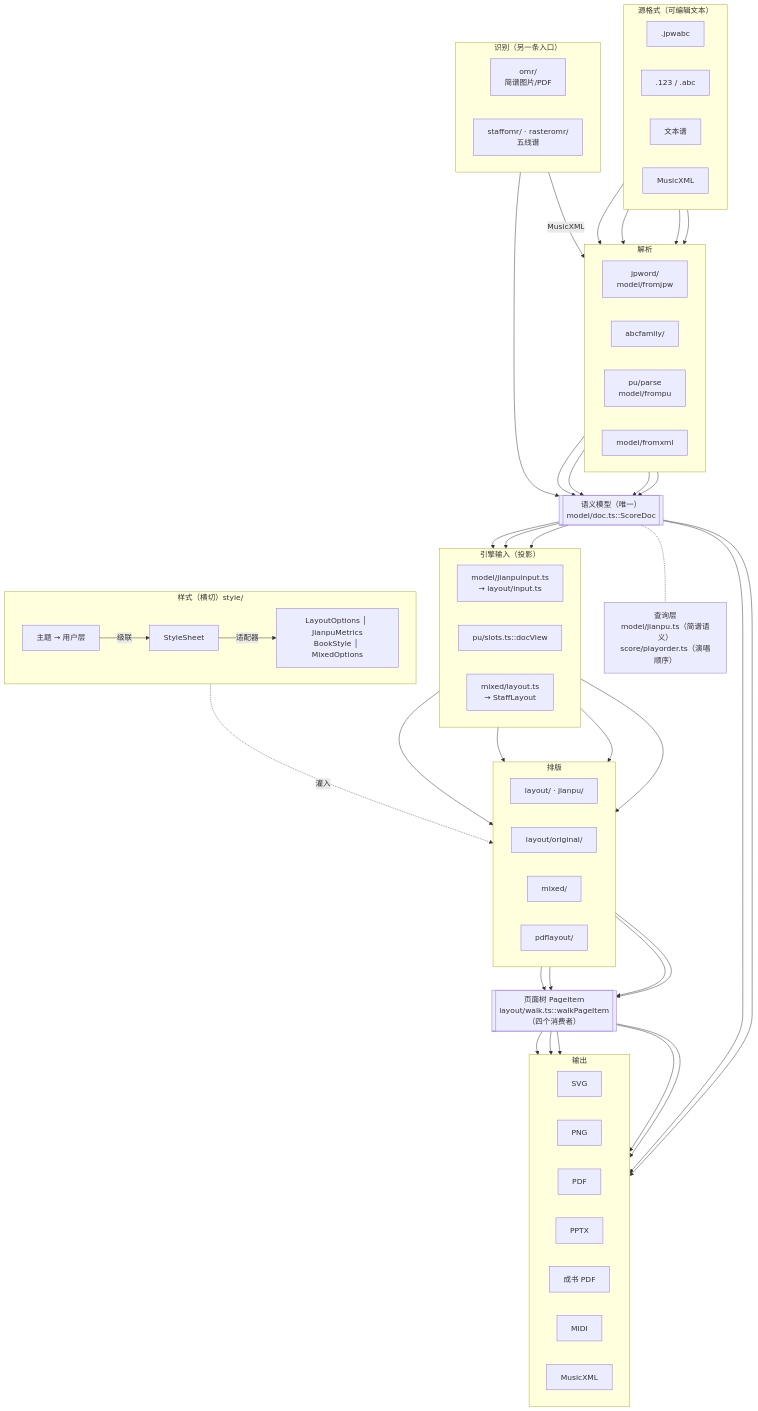
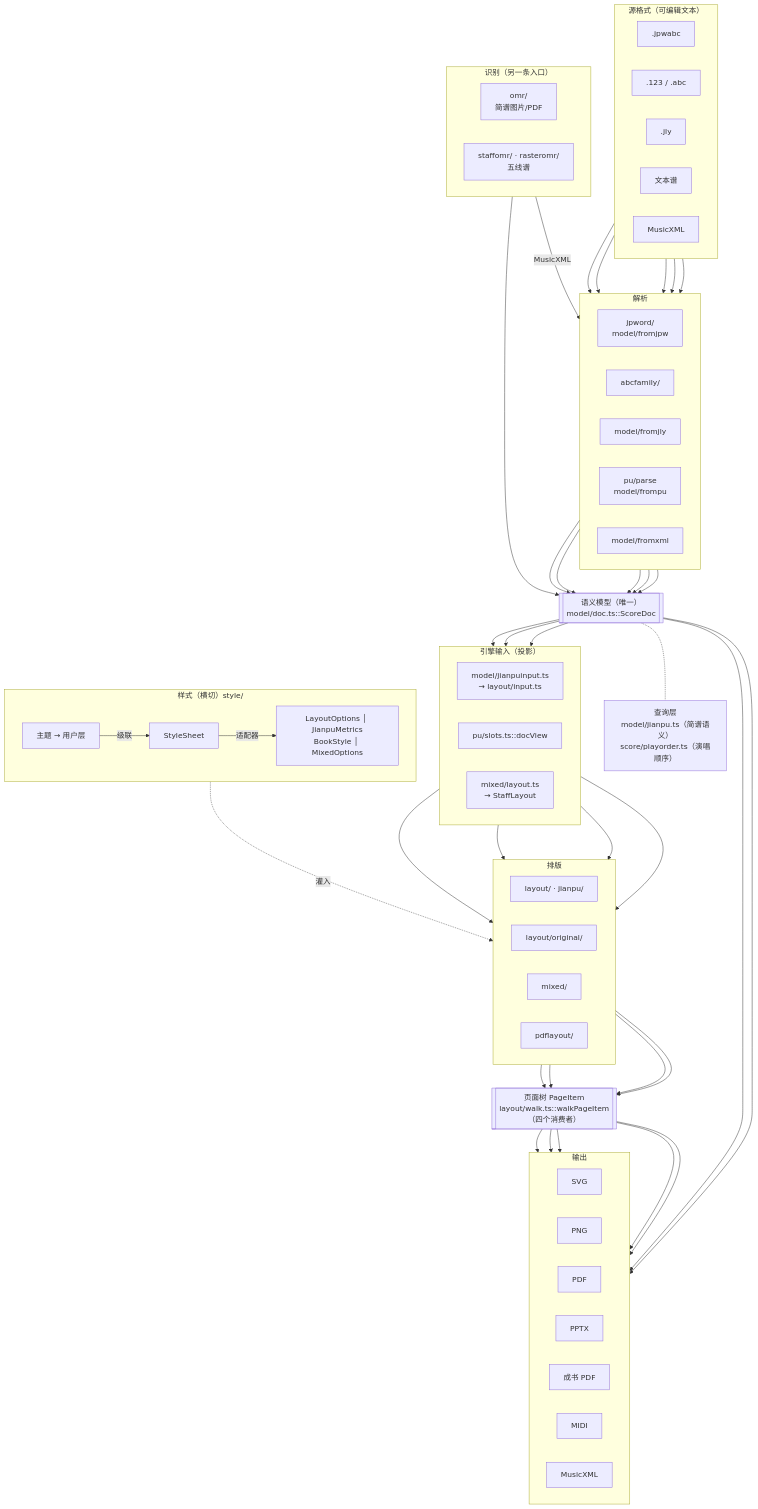
The diagram in docs/架构.md (Francium-223/dolce), drawn with Mermaid before and after one commit. The commit also changed other lines of this file and 9 other files, not shown here.

````diff
--- a/docs/架构.md
+++ b/docs/架构.md
@@ -41,78 +41,81 @@
 ```mermaid
 flowchart TB
   subgraph SRC["源格式（可编辑文本）"]
     direction LR
     jpw[".jpwabc"]
     abcf[".123 / .abc"]
+    jly[".jly"]
     pu["文本谱"]
     xml["MusicXML"]
   end
 
   subgraph PARSE["解析"]
     direction LR
     pjpw["jpword/<br/>model/fromjpw"]
     pabc["abcfamily/"]
+    pjly["model/fromjly"]
     ppu["pu/parse<br/>model/frompu"]
     pxml["model/fromxml"]
   end
 
   subgraph OMR["识别（另一条入口）"]
     direction LR
     omr["omr/<br/>简谱图片/PDF"]
     somr["staffomr/ · rasteromr/<br/>五线谱"]
   end
 
   doc[["语义模型（唯一）<br/>model/doc.ts::ScoreDoc"]]
   query["查询层<br/>model/jianpu.ts（简谱语义）<br/>score/playorder.ts（演唱顺序）"]
 
   subgraph PROJ["引擎输入（投影）"]
     direction LR
     ijp["model/jianpuinput.ts<br/>→ layout/input.ts"]
     ipu["pu/slots.ts::docView"]
     imx["mixed/layout.ts<br/>→ StaffLayout"]
   end
 
   subgraph LAYOUT["排版"]
     direction LR
     ljp["layout/ · jianpu/"]
     lpu["layout/original/"]
     lmx["mixed/"]
     lbook["pdflayout/"]
   end
 
   tree[["页面树 PageItem<br/>layout/walk.ts::walkPageItem（四个消费者）"]]
 
   subgraph OUT["输出"]
     direction LR
     o1["SVG"]
     o2["PNG"]
     o3["PDF"]
     o4["PPTX"]
     o5["成书 PDF"]
     o6["MIDI"]
     o7["MusicXML"]
   end
 
   subgraph STYLE["样式（横切）style/"]
     direction LR
     theme["主题 → 用户层"] -- 级联 --> sheet["StyleSheet"]
     sheet -- 适配器 --> rulers["LayoutOptions │ JianpuMetrics<br/>BookStyle │ MixedOptions"]
   end
 
   jpw --> pjpw
   abcf --> pabc
+  jly --> pjly
   pu --> ppu
   xml --> pxml
-  pjpw & pabc & ppu & pxml --> doc
+  pjpw & pabc & pjly & ppu & pxml --> doc
   omr --> doc
   somr -- MusicXML --> pxml
   doc -.- query
   doc --> ijp & ipu & imx
   ijp --> ljp & lbook
   ipu --> lpu
   imx --> lmx
   ljp & lpu & lmx & lbook --> tree
   tree --> o1 & o2 & o3 & o4 & o5
   doc --> o6 & o7
   rulers -. 灌入 .-> LAYOUT
 ```
````
